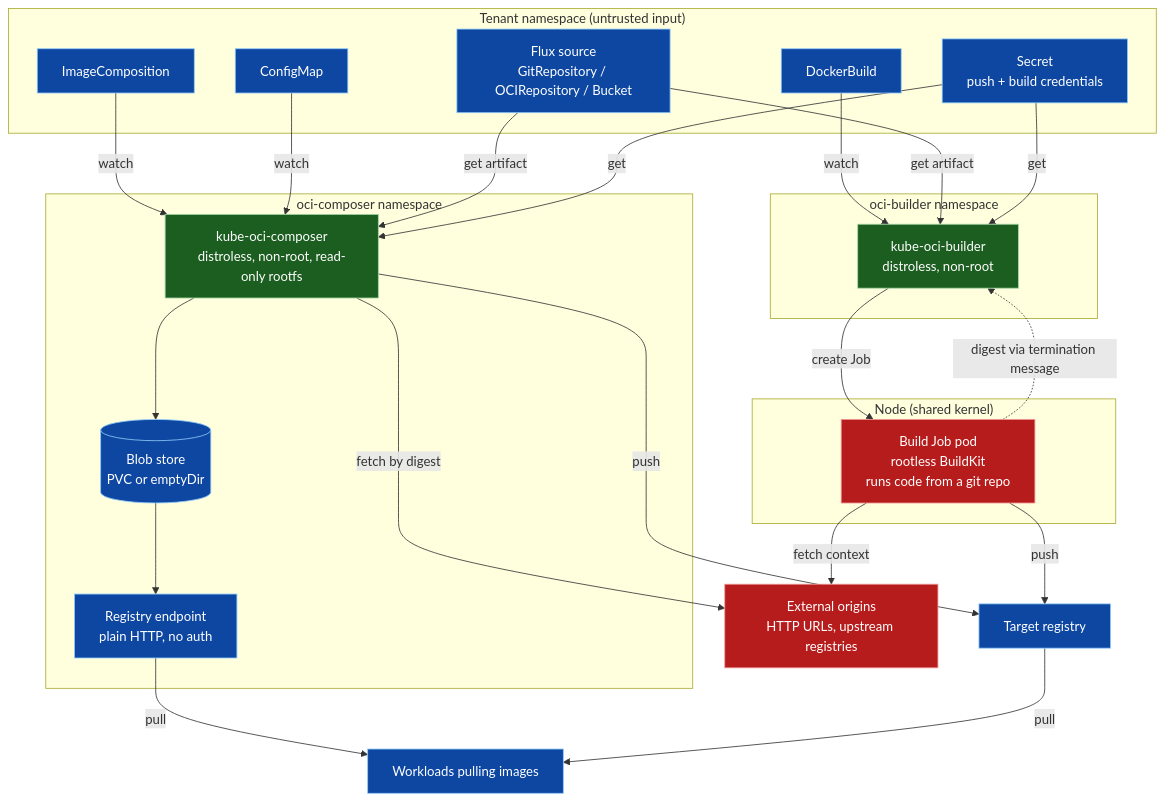
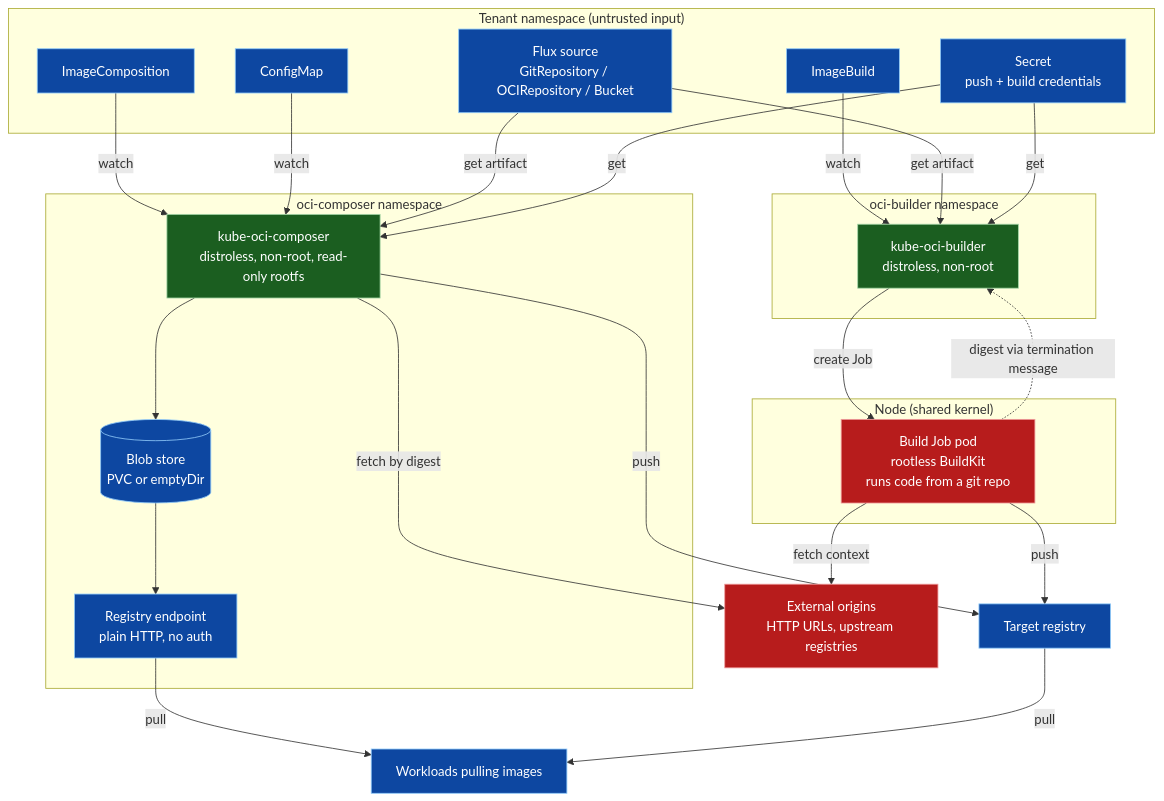
The first of 3 diagrams in docs/threat-model.md (lhns/kube-oci-composer), drawn with Mermaid before and after one commit. The commit also changed other lines of this file and 33 other files, not shown here.

````diff
--- a/docs/threat-model.md
+++ b/docs/threat-model.md
@@ -17,54 +17,54 @@
 ```mermaid
 graph TB
     subgraph tenant["Tenant namespace (untrusted input)"]
         IC["ImageComposition"]
-        DB["DockerBuild"]
+        DB["ImageBuild"]
         CM["ConfigMap"]
         SEC["Secret<br/>push + build credentials"]
         SRC["Flux source<br/>GitRepository / OCIRepository / Bucket"]
     end
 
     subgraph composerNS["oci-composer namespace"]
         COMP["kube-oci-composer<br/>distroless, non-root, read-only rootfs"]
         STORE[("Blob store<br/>PVC or emptyDir")]
         SERVE["Registry endpoint<br/>plain HTTP, no auth"]
     end
 
     subgraph builderNS["oci-builder namespace"]
         BUILD["kube-oci-builder<br/>distroless, non-root"]
     end
 
     subgraph node["Node (shared kernel)"]
         JOB["Build Job pod<br/>rootless BuildKit<br/>runs code from a git repo"]
     end
 
     EXT["External origins<br/>HTTP URLs, upstream registries"]
     REG["Target registry"]
     CONSUMER["Workloads pulling images"]
 
     IC -->|watch| COMP
     CM -->|watch| COMP
     SRC -->|get artifact| COMP
     SEC -->|get| COMP
     COMP -->|fetch by digest| EXT
     COMP --> STORE
     STORE --> SERVE
     COMP -->|push| REG
     SERVE -->|pull| CONSUMER
     REG -->|pull| CONSUMER
 
     DB -->|watch| BUILD
     SRC -->|get artifact| BUILD
     SEC -->|get| BUILD
     BUILD -->|create Job| JOB
     JOB -->|fetch context| EXT
     JOB -->|push| REG
     JOB -.->|digest via termination message| BUILD
 
     classDef trusted fill:#1b5e20,stroke:#a5d6a7,color:#ffffff
     classDef hostile fill:#b71c1c,stroke:#ef9a9a,color:#ffffff
     classDef neutral fill:#0d47a1,stroke:#90caf9,color:#ffffff
     class COMP,BUILD trusted
     class JOB,EXT hostile
     class IC,DB,CM,SEC,SRC,STORE,SERVE,REG,CONSUMER neutral
 ```
````
